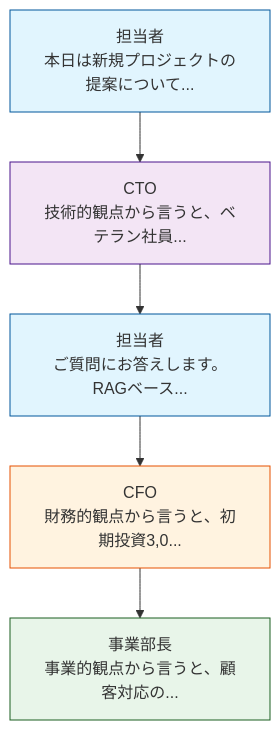
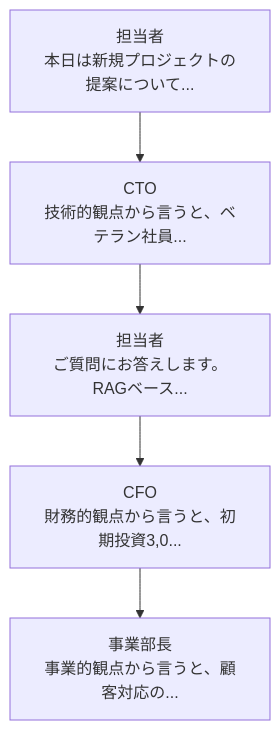
Before and after one commit to nomhiro/zenn-blog: the eighth of 8 diagrams in articles/agent-framework-multi-agent-20251213.md, drawn with Mermaid.

Commit message:
fix: フローチャートから不要なスタイル定義を削除し、可読性を向上させました

````diff
--- a/articles/agent-framework-multi-agent-20251213.md
+++ b/articles/agent-framework-multi-agent-20251213.md
@@ -974,27 +974,14 @@
 ```mermaid
 flowchart TD
-
-    %% スタイル定義
-    classDef proposer fill:#e1f5fe,stroke:#01579b
-    classDef CTO fill:#f3e5f5,stroke:#4a148c
-    classDef CFO fill:#fff3e0,stroke:#e65100
-    classDef business fill:#e8f5e9,stroke:#1b5e20
 
     %% 会話フロー
     node0["担当者<br/>本日は新規プロジェクトの提案について..."]
     node1["CTO<br/>技術的観点から言うと、ベテラン社員..."]
     node0 --> node1
     node2["担当者<br/>ご質問にお答えします。RAGベース..."]
     node1 --> node2
     node3["CFO<br/>財務的観点から言うと、初期投資3,0..."]
     node2 --> node3
     node4["事業部長<br/>事業的観点から言うと、顧客対応の..."]
     node3 --> node4
-
-    %% スタイル適用
-    class node0 proposer
-    class node1 CTO
-    class node2 proposer
-    class node3 CFO
-    class node4 business
 ```
````
